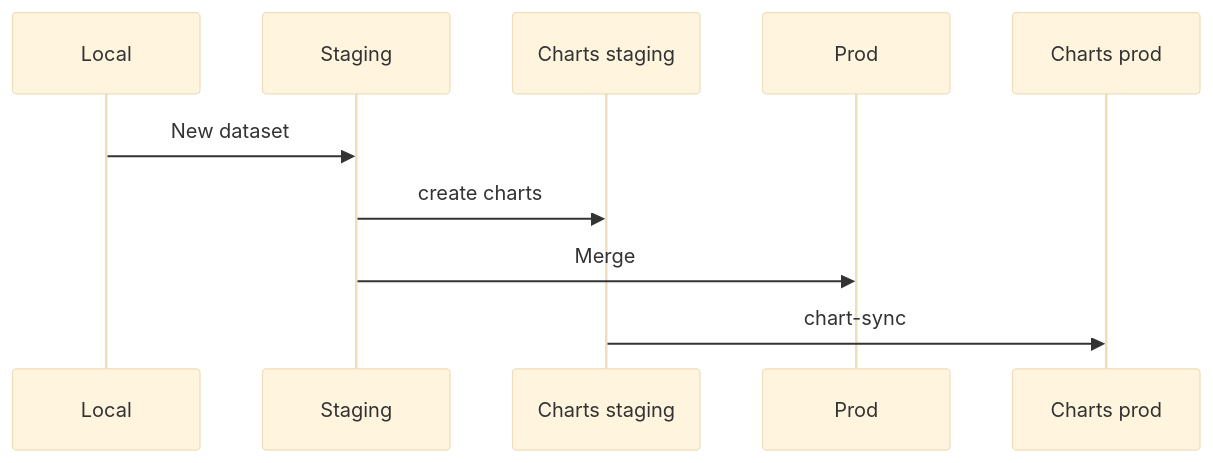
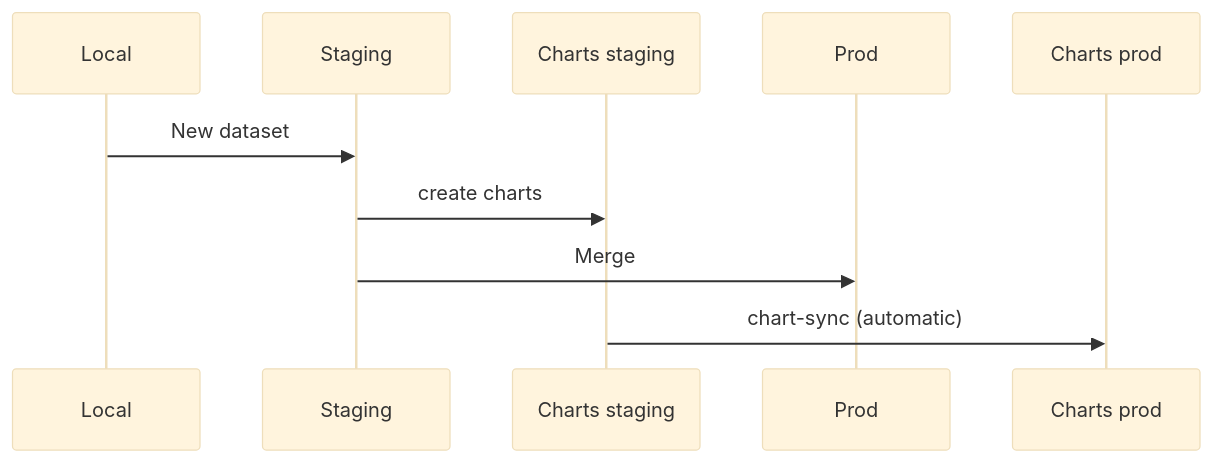
One commit to owid/etl changed the second of 3 diagrams in docs/guides/staging-servers.md. Above: the diagram before and after it, drawn with Mermaid (base theme). The commit also changed other lines of this file, not shown here.

````diff
--- a/docs/guides/staging-servers.md
+++ b/docs/guides/staging-servers.md
@@ -40,7 +39,7 @@
 ```mermaid
 sequenceDiagram
     Local ->> Staging: New dataset
     Staging ->> Charts staging: create charts
     Staging ->> Prod: Merge
-    Charts staging ->> Charts prod: chart-sync
+    Charts staging ->> Charts prod: chart-sync (automatic)
 ```
````
